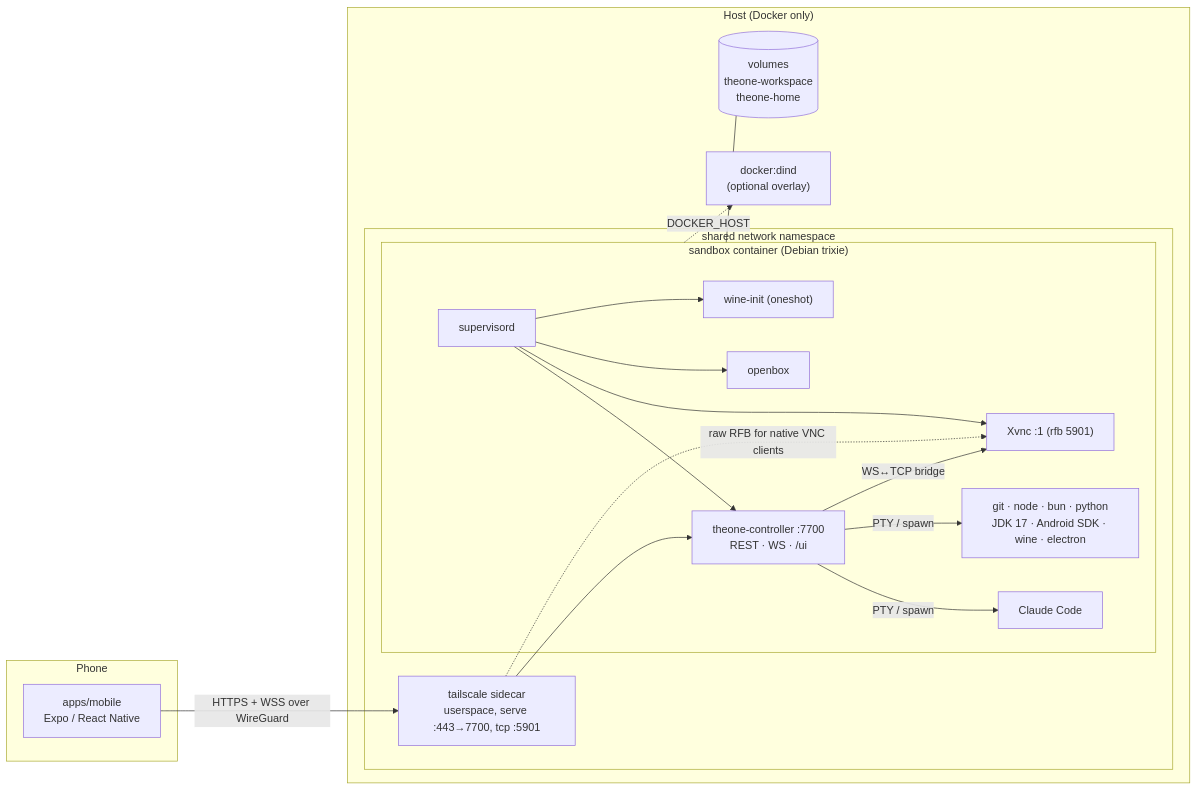
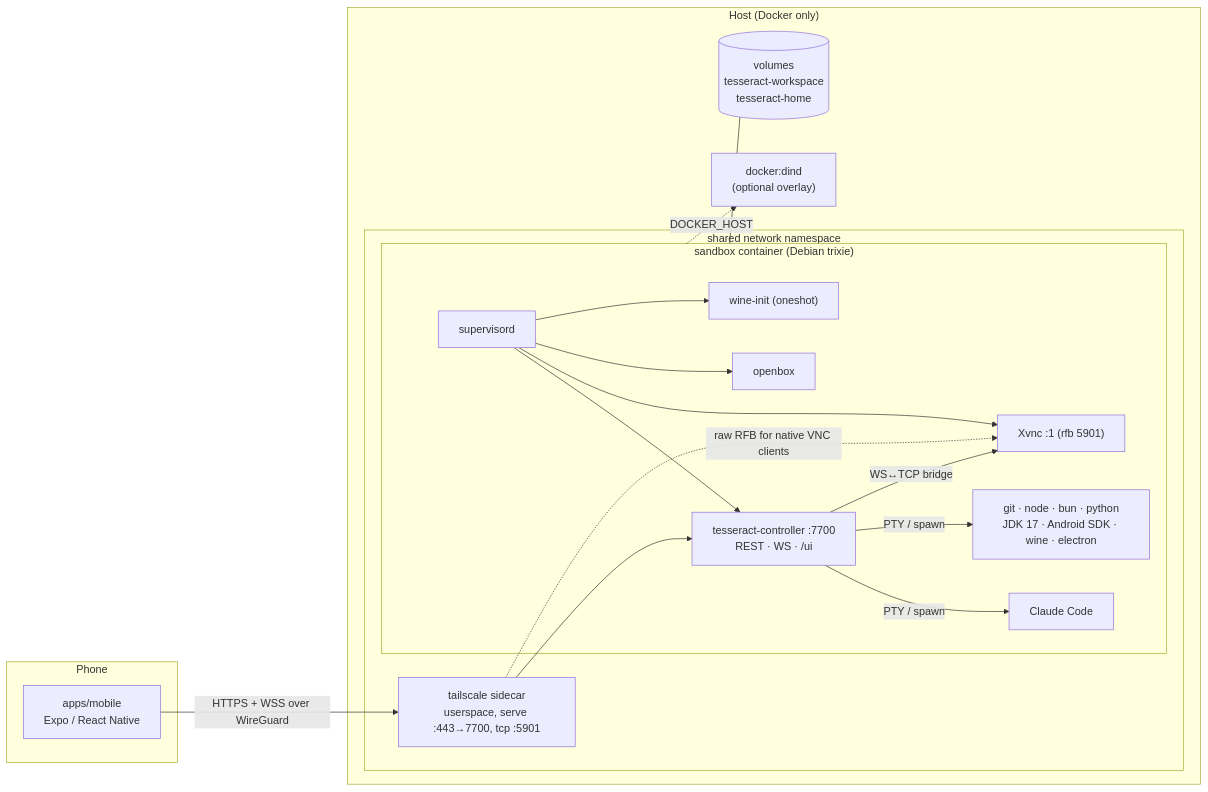
Before and after one commit to kevin-roan/tesseract: the first of 5 diagrams in docs/architecture/overview.md, drawn with Mermaid. The commit also changed other lines of this file and 3196 other files, not shown here.

Commit message:
feat; rebrand to tesseract, glass tesseract home hero

````diff
--- a/docs/architecture/overview.md
+++ b/docs/architecture/overview.md
@@ -12,30 +12,30 @@
 ```mermaid
 flowchart LR
   subgraph Phone
     app["apps/mobile<br/>Expo / React Native"]
   end
   subgraph Host["Host (Docker only)"]
     subgraph netns["shared network namespace"]
       ts["tailscale sidecar<br/>userspace, serve :443→7700, tcp :5901"]
       subgraph sandbox["sandbox container (Debian trixie)"]
         sup["supervisord"]
-        ctl["theone-controller :7700<br/>REST · WS · /ui"]
+        ctl["tesseract-controller :7700<br/>REST · WS · /ui"]
         xvnc["Xvnc :1 (rfb 5901)"]
         ob["openbox"]
         wine["wine-init (oneshot)"]
         claude["Claude Code"]
         tools["git · node · bun · python<br/>JDK 17 · Android SDK · wine · electron"]
       end
     end
     dind["docker:dind<br/>(optional overlay)"]
-    vol[("volumes<br/>theone-workspace<br/>theone-home")]
+    vol[("volumes<br/>tesseract-workspace<br/>tesseract-home")]
   end
   app -->|"HTTPS + WSS over WireGuard"| ts
   ts --> ctl
   ts -.->|"raw RFB for native VNC clients"| xvnc
   sup --> ctl & xvnc & ob & wine
   ctl -->|"PTY / spawn"| claude & tools
   ctl -->|"WS↔TCP bridge"| xvnc
   sandbox -.->|"DOCKER_HOST"| dind
   sandbox --- vol
 ```
````
